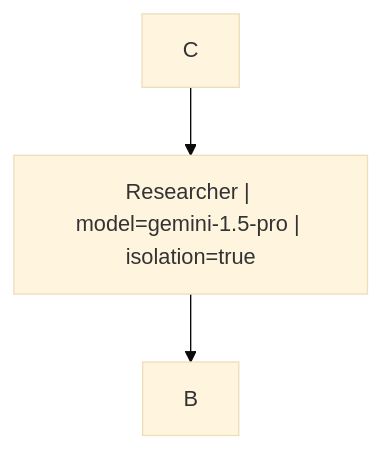
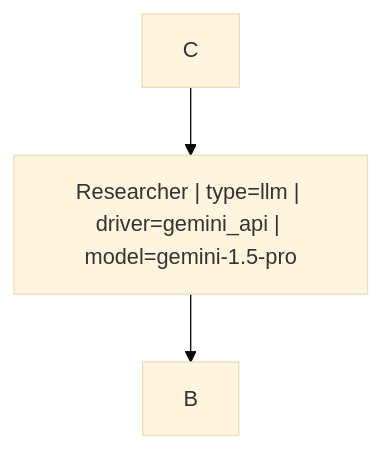
One commit to APAF-bioinformatics/HydraR changed the second of 4 diagrams in notes/mermaid_orchestration_cheatsheet.md. Above: the diagram before and after it, drawn with Mermaid (base theme). The commit also changed other lines of this file and 529 other files, not shown here.

````diff
--- a/notes/mermaid_orchestration_cheatsheet.md
+++ b/notes/mermaid_orchestration_cheatsheet.md
@@ -64,6 +83,6 @@
 ```mermaid
 graph TD
-  A["Researcher | model=gemini-1.5-pro | isolation=true"]
+  A["Researcher | type=llm | driver=gemini_api | model=gemini-1.5-pro"]
   A --> B
   C --> A
 ```
````
